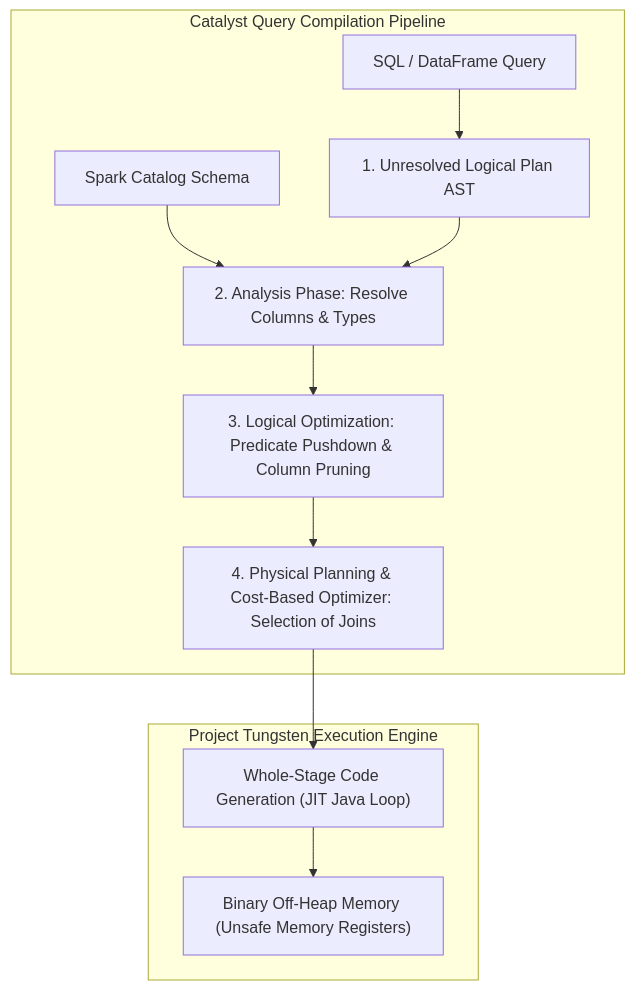
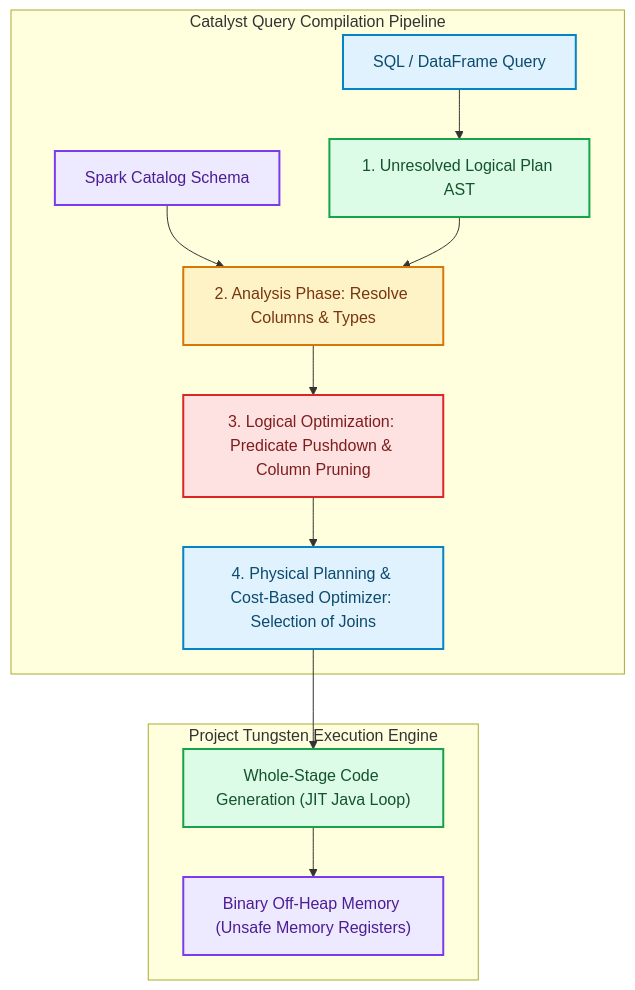
One commit to akmalkhaniub/akmalkhaniub.github.io changed the diagram in blog/posts/apache-spark-catalyst-optimizer-whole-stage-codegen.md. Above: the diagram before and after it, drawn with Mermaid. The commit also changed other lines of this file and 1291 other files, not shown here.

First line of the commit message:
feat(catalog): unique covers, scholarly references, and diagram palettes

````diff
--- a/blog/posts/apache-spark-catalyst-optimizer-whole-stage-codegen.md
+++ b/blog/posts/apache-spark-catalyst-optimizer-whole-stage-codegen.md
@@ -21,16 +21,27 @@
 ```mermaid
 flowchart TD
   subgraph SG1_CatalystQueryCompilation ["Catalyst Query Compilation Pipeline"]
-    SQL[SQL / DataFrame Query] --> Unresolved[1. Unresolved Logical Plan AST]
-    Catalog[Spark Catalog Schema] --> Analysis[2. Analysis Phase: Resolve Columns & Types]
+    SQL["SQL / DataFrame Query"] --> Unresolved["1. Unresolved Logical Plan AST"]
+    Catalog["Spark Catalog Schema"] --> Analysis["2. Analysis Phase: Resolve Columns & Types"]
     Unresolved --> Analysis
     
-    Analysis --> LogOpt[3. Logical Optimization: Predicate Pushdown & Column Pruning]
-    LogOpt --> Physical[4. Physical Planning & Cost-Based Optimizer: Selection of Joins]
+    Analysis --> LogOpt["3. Logical Optimization: Predicate Pushdown & Column Pruning"]
+    LogOpt --> Physical["4. Physical Planning & Cost-Based Optimizer: Selection of Joins"]
   end
   
   subgraph SG2_ProjectTungstenExecution ["Project Tungsten Execution Engine"]
     Physical --> Codegen[" Whole-Stage Code Generation (JIT Java Loop)"]
     Codegen --> OffHeap["Binary Off-Heap Memory (Unsafe Memory Registers)"]
   end
+
+classDef green fill:#dcfce7,stroke:#16a34a,stroke-width:2px,color:#14532d;
+classDef red fill:#fee2e2,stroke:#dc2626,stroke-width:2px,color:#7f1d1d;
+classDef blue fill:#e0f2fe,stroke:#0284c7,stroke-width:2px,color:#0c4a6e;
+classDef yellow fill:#fef3c7,stroke:#d97706,stroke-width:2px,color:#78350f;
+classDef purple fill:#ede9fe,stroke:#7c3aed,stroke-width:2px,color:#4c1d95;
+class SQL,Physical blue
+class Unresolved,Codegen green
+class Catalog,OffHeap purple
+class Analysis yellow
+class LogOpt red
 ```
````
